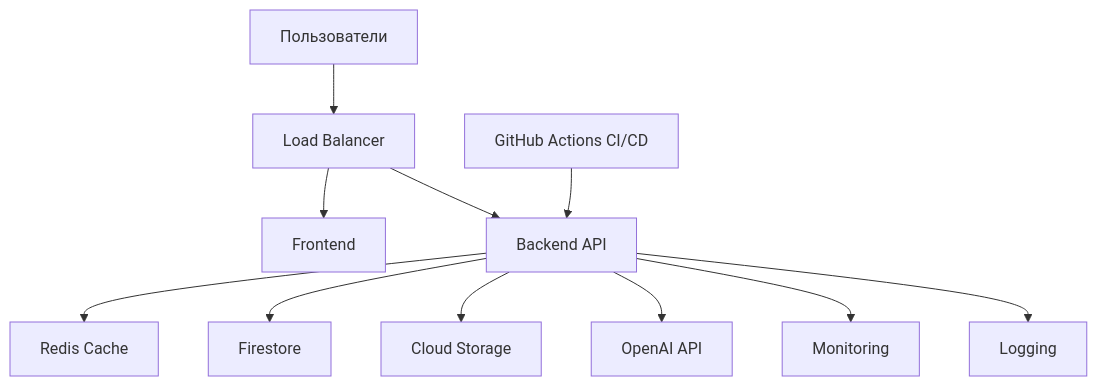
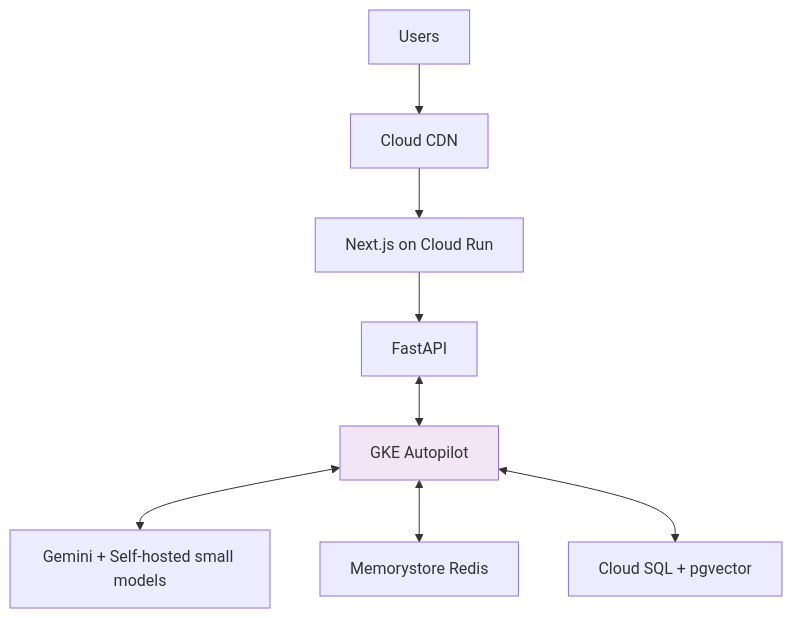
Before and after one commit to vnovikov21/2025_2026-cloud-platforms-as-the-basis-of-technology-entrepreneurship-u4125-novikov_v_v: the second of 3 diagrams in lab4/lab4_report.md, drawn with Mermaid. The commit also changed other lines of this file, not shown here.

````diff
--- a/lab4/lab4_report.md
+++ b/lab4/lab4_report.md
@@ -109,18 +93,11 @@
 ```mermaid
 flowchart TD
-
-A[Пользователи] --> B[Load Balancer]
-
-B --> C[Frontend]
-B --> D[Backend API]
-
-D --> E[Redis Cache]
-D --> F[Firestore]
-D --> G[Cloud Storage]
-D --> H[OpenAI API]
-
-D --> I[Monitoring]
-D --> J[Logging]
-
-K[GitHub Actions CI/CD] --> D
+    A[Users] --> B[Cloud CDN]
+    B --> C[Next.js on Cloud Run]
+    C --> D[FastAPI]
+    D <--> E[GKE Autopilot]
+    E <--> F[Gemini + Self-hosted small models]
+    E <--> G[Memorystore Redis]
+    E <--> H[Cloud SQL + pgvector]
+    style E fill:#f3e5f5
 ```
````
